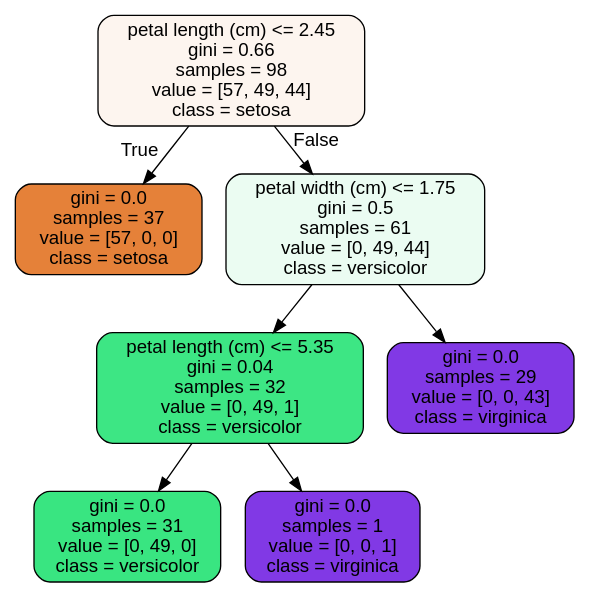
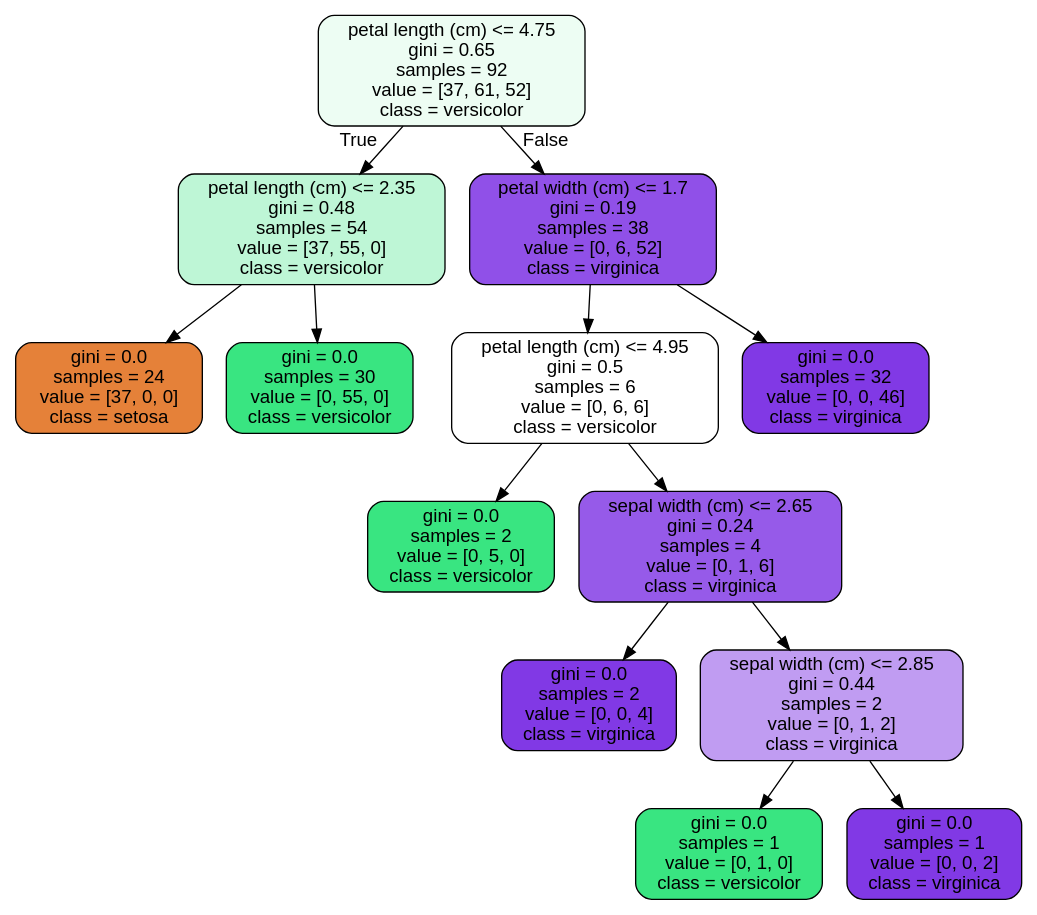
Before and after one commit to squareleaf/SpringboardDS: the diagram in Random forest Covid case study/tree.dot, drawn with Graphviz. The commit also changed 4 other files, not shown here.

```diff
--- a/Random forest Covid case study/tree.dot
+++ b/Random forest Covid case study/tree.dot
@@ -1,17 +1,29 @@
 digraph Tree {
-node [shape=box, style="filled, rounded", color="black", fontname=helvetica] ;
-edge [fontname=helvetica] ;
-0 [label="petal length (cm) <= 2.45\ngini = 0.66\nsamples = 98\nvalue = [57, 49, 44]\nclass = setosa", fillcolor="#fdf5ef"] ;
-1 [label="gini = 0.0\nsamples = 37\nvalue = [57, 0, 0]\nclass = setosa", fillcolor="#e58139"] ;
+node [shape=box, style="filled, rounded", color="black", fontname="helvetica"] ;
+edge [fontname="helvetica"] ;
+0 [label="petal length (cm) <= 4.75\ngini = 0.65\nsamples = 92\nvalue = [37, 61, 52]\nclass = versicolor", fillcolor="#edfdf3"] ;
+1 [label="petal length (cm) <= 2.35\ngini = 0.48\nsamples = 54\nvalue = [37, 55, 0]\nclass = versicolor", fillcolor="#bef6d6"] ;
 0 -> 1 [labeldistance=2.5, labelangle=45, headlabel="True"] ;
-2 [label="petal width (cm) <= 1.75\ngini = 0.5\nsamples = 61\nvalue = [0, 49, 44]\nclass = versicolor", fillcolor="#ebfcf2"] ;
-0 -> 2 [labeldistance=2.5, labelangle=-45, headlabel="False"] ;
-3 [label="petal length (cm) <= 5.35\ngini = 0.04\nsamples = 32\nvalue = [0, 49, 1]\nclass = versicolor", fillcolor="#3de684"] ;
-2 -> 3 ;
-4 [label="gini = 0.0\nsamples = 31\nvalue = [0, 49, 0]\nclass = versicolor", fillcolor="#39e581"] ;
-3 -> 4 ;
-5 [label="gini = 0.0\nsamples = 1\nvalue = [0, 0, 1]\nclass = virginica", fillcolor="#8139e5"] ;
-3 -> 5 ;
-6 [label="gini = 0.0\nsamples = 29\nvalue = [0, 0, 43]\nclass = virginica", fillcolor="#8139e5"] ;
-2 -> 6 ;
+2 [label="gini = 0.0\nsamples = 24\nvalue = [37, 0, 0]\nclass = setosa", fillcolor="#e58139"] ;
+1 -> 2 ;
+3 [label="gini = 0.0\nsamples = 30\nvalue = [0, 55, 0]\nclass = versicolor", fillcolor="#39e581"] ;
+1 -> 3 ;
+4 [label="petal width (cm) <= 1.7\ngini = 0.19\nsamples = 38\nvalue = [0, 6, 52]\nclass = virginica", fillcolor="#9050e8"] ;
+0 -> 4 [labeldistance=2.5, labelangle=-45, headlabel="False"] ;
+5 [label="petal length (cm) <= 4.95\ngini = 0.5\nsamples = 6\nvalue = [0, 6, 6]\nclass = versicolor", fillcolor="#ffffff"] ;
+4 -> 5 ;
+6 [label="gini = 0.0\nsamples = 2\nvalue = [0, 5, 0]\nclass = versicolor", fillcolor="#39e581"] ;
+5 -> 6 ;
+7 [label="sepal width (cm) <= 2.65\ngini = 0.24\nsamples = 4\nvalue = [0, 1, 6]\nclass = virginica", fillcolor="#965ae9"] ;
+5 -> 7 ;
+8 [label="gini = 0.0\nsamples = 2\nvalue = [0, 0, 4]\nclass = virginica", fillcolor="#8139e5"] ;
+7 -> 8 ;
+9 [label="sepal width (cm) <= 2.85\ngini = 0.44\nsamples = 2\nvalue = [0, 1, 2]\nclass = virginica", fillcolor="#c09cf2"] ;
+7 -> 9 ;
+10 [label="gini = 0.0\nsamples = 1\nvalue = [0, 1, 0]\nclass = versicolor", fillcolor="#39e581"] ;
+9 -> 10 ;
+11 [label="gini = 0.0\nsamples = 1\nvalue = [0, 0, 2]\nclass = virginica", fillcolor="#8139e5"] ;
+9 -> 11 ;
+12 [label="gini = 0.0\nsamples = 32\nvalue = [0, 0, 46]\nclass = virginica", fillcolor="#8139e5"] ;
+4 -> 12 ;
 }
```
